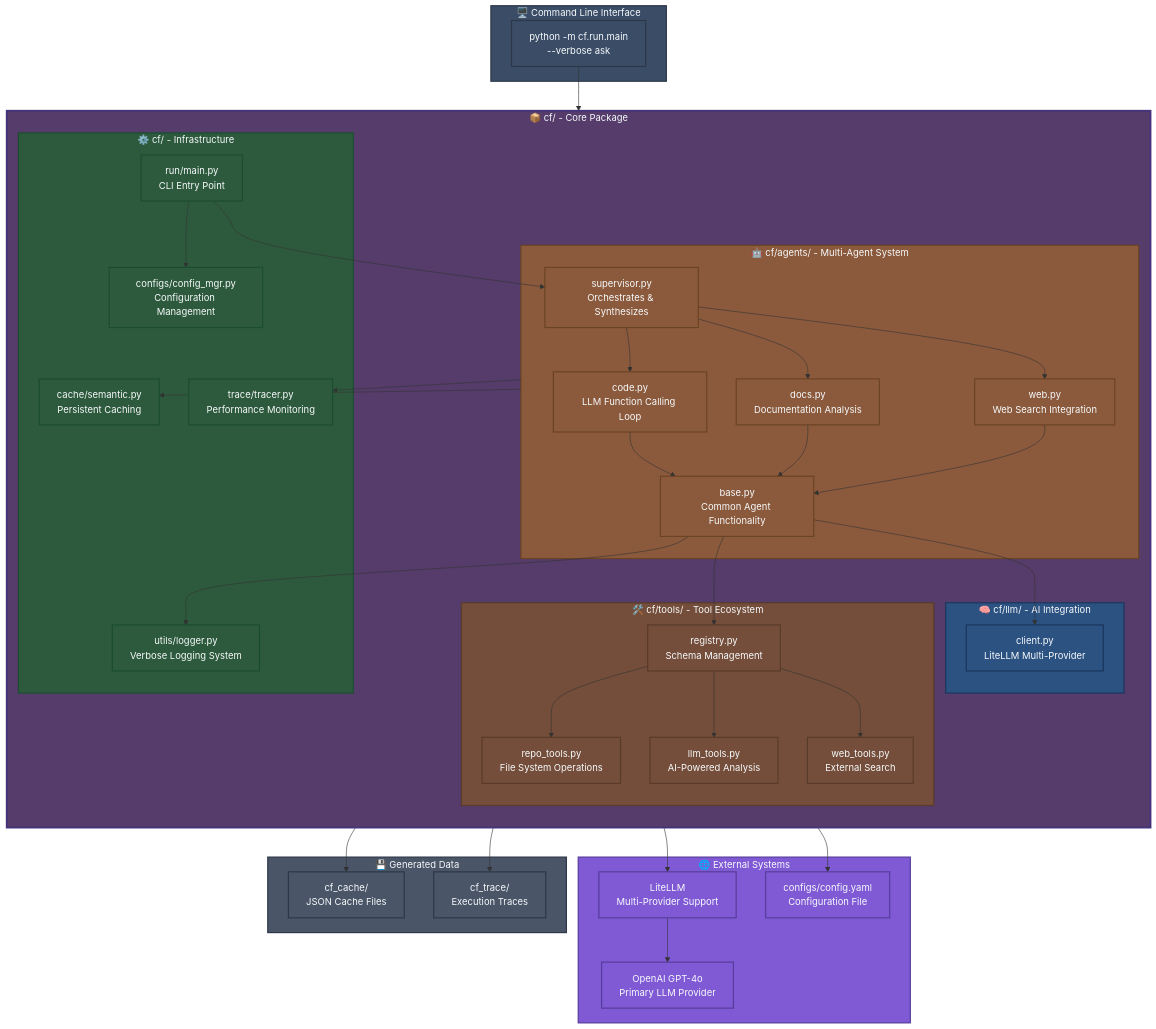
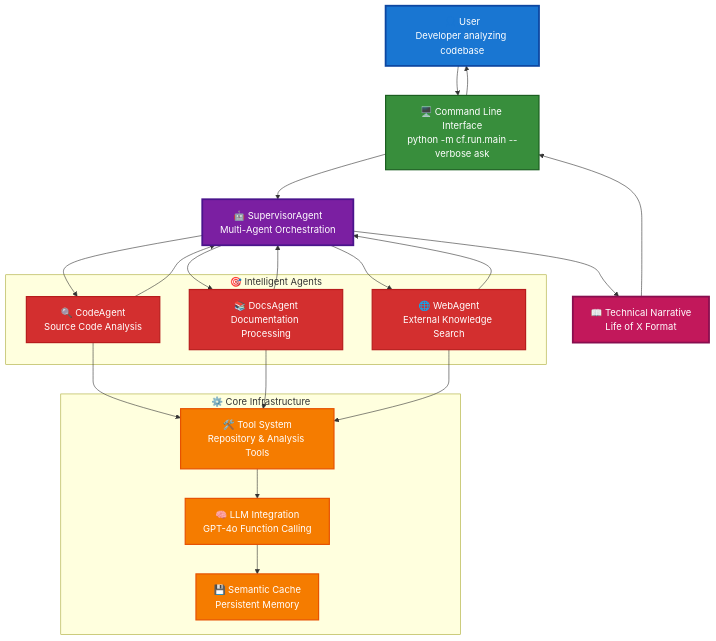
One commit to CodeFusionAgent/codefusion changed the first of 2 diagrams in README.md. Above: the diagram before and after it, drawn with Mermaid. The commit also changed other lines of this file, not shown here.

````diff
--- a/README.md
+++ b/README.md
@@ -7,102 +7,65 @@
 ```mermaid
 graph TB
-    %% User Interface
-    subgraph UI ["🖥️ Command Line Interface"]
-        CLI[python -m cf.run.main<br/>--verbose ask]
+    %% User Layer
+    User[👤 User<br/>Developer analyzing codebase]
+    
+    %% Interface Layer
+    CLI[🖥️ Command Line Interface<br/>python -m cf.run.main --verbose ask]
+    
+    %% Core System
+    Supervisor[🤖 SupervisorAgent<br/>Multi-Agent Orchestration]
+    
+    %% Specialized Agents
+    subgraph Agents ["🎯 Intelligent Agents"]
+        CodeAgent[🔍 CodeAgent<br/>Source Code Analysis]
+        DocsAgent[📚 DocsAgent<br/>Documentation Processing]
+        WebAgent[🌐 WebAgent<br/>External Knowledge Search]
     end
     
-    %% Core Package Structure  
-    subgraph CF ["📦 cf/ - Core Package"]
-        direction TB
-        
-        subgraph AGENTS ["🤖 cf/agents/ - Multi-Agent System"]
-            SUPERVISOR[supervisor.py<br/>Orchestrates & Synthesizes]
-            CODE_AGENT[code.py<br/>LLM Function Calling Loop]
-            DOCS_AGENT[docs.py<br/>Documentation Analysis] 
-            WEB_AGENT[web.py<br/>Web Search Integration]
-            BASE_AGENT[base.py<br/>Common Agent Functionality]
-        end
-        
-        subgraph TOOLS ["🛠️ cf/tools/ - Tool Ecosystem"]
-            REGISTRY[registry.py<br/>Schema Management]
-            REPO_TOOLS[repo_tools.py<br/>File System Operations]
-            LLM_TOOLS[llm_tools.py<br/>AI-Powered Analysis]
-            WEB_TOOLS[web_tools.py<br/>External Search]
-        end
-        
-        subgraph LLM ["🧠 cf/llm/ - AI Integration"]
-            CLIENT[client.py<br/>LiteLLM Multi-Provider]
-        end
-        
-        subgraph INFRA ["⚙️ cf/ - Infrastructure"]
-            RUN[run/main.py<br/>CLI Entry Point]
-            CONFIGS[configs/config_mgr.py<br/>Configuration Management]
-            CACHE[cache/semantic.py<br/>Persistent Caching]
-            TRACE[trace/tracer.py<br/>Performance Monitoring]
-            UTILS[utils/logger.py<br/>Verbose Logging System]
-        end
+    %% Infrastructure
+    subgraph Infrastructure ["⚙️ Core Infrastructure"]
+        Tools[🛠️ Tool System<br/>Repository & Analysis Tools]
+        LLM[🧠 LLM Integration<br/>GPT-4o Function Calling]
+        Cache[💾 Semantic Cache<br/>Persistent Memory]
     end
     
-    %% External Systems
-    subgraph EXTERNAL ["🌐 External Systems"]
-        LITELLM[LiteLLM<br/>Multi-Provider Support]
-        OPENAI[OpenAI GPT-4o<br/>Primary LLM Provider]
-        CONFIG_FILE[configs/config.yaml<br/>Configuration File]
-    end
+    %% Output
+    Narrative[📖 Technical Narrative<br/>Life of X Format]
     
-    %% Data Storage
-    subgraph STORAGE ["💾 Generated Data"]
-        CF_CACHE[cf_cache/<br/>JSON Cache Files]
-        CF_TRACE[cf_trace/<br/>Execution Traces]
-    end
+    %% Flow
+    User --> CLI
+    CLI --> Supervisor
+    Supervisor --> CodeAgent
+    Supervisor --> DocsAgent
+    Supervisor --> WebAgent
     
-    %% Data Flow
-    CLI --> RUN
-    RUN --> SUPERVISOR
+    CodeAgent --> Tools
+    DocsAgent --> Tools
+    WebAgent --> Tools
     
-    SUPERVISOR --> CODE_AGENT
-    SUPERVISOR --> DOCS_AGENT  
-    SUPERVISOR --> WEB_AGENT
+    Tools --> LLM
+    LLM --> Cache
     
-    CODE_AGENT --> BASE_AGENT
-    DOCS_AGENT --> BASE_AGENT
-    WEB_AGENT --> BASE_AGENT
+    CodeAgent --> Supervisor
+    DocsAgent --> Supervisor
+    WebAgent --> Supervisor
     
-    BASE_AGENT --> REGISTRY
-    BASE_AGENT --> CLIENT
-    BASE_AGENT --> UTILS
+    Supervisor --> Narrative
+    Narrative --> CLI
+    CLI --> User
     
-    REGISTRY --> REPO_TOOLS
-    REGISTRY --> LLM_TOOLS
-    REGISTRY --> WEB_TOOLS
+    %% Clean styling with good contrast
+    classDef user fill:#1976d2,stroke:#0d47a1,stroke-width:3px,color:#fff
+    classDef interface fill:#388e3c,stroke:#1b5e20,stroke-width:2px,color:#fff
+    classDef core fill:#7b1fa2,stroke:#4a148c,stroke-width:3px,color:#fff
+    classDef agents fill:#d32f2f,stroke:#b71c1c,stroke-width:2px,color:#fff
+    classDef infra fill:#f57c00,stroke:#e65100,stroke-width:2px,color:#fff
+    classDef output fill:#c2185b,stroke:#880e4f,stroke-width:3px,color:#fff
     
-    CLIENT --> LITELLM
-    LITELLM --> OPENAI
-    
-    AGENTS --> CACHE
-    AGENTS --> TRACE
-    RUN --> CONFIGS
-    CONFIGS --> CONFIG_FILE
-    
-    CACHE --> CF_CACHE
-    TRACE --> CF_TRACE
-    
-    %% Styling
-    classDef ui fill:#3b4d66,stroke:#2d3748,stroke-width:2px,color:#f7fafc
-    classDef cf fill:#553c6b,stroke:#44337a,stroke-width:3px,color:#f7fafc
-    classDef agents fill:#8b5a3c,stroke:#6b4423,stroke-width:2px,color:#f7fafc
-    classDef tools fill:#744e3a,stroke:#5a3a2a,stroke-width:2px,color:#f7fafc
-    classDef llm fill:#2c5282,stroke:#1a365d,stroke-width:2px,color:#f7fafc
-    classDef infra fill:#2d5a3d,stroke:#1a4d2e,stroke-width:2px,color:#f7fafc
-    classDef external fill:#805ad5,stroke:#553c9a,stroke-width:2px,color:#f7fafc
-    classDef storage fill:#4a5568,stroke:#2d3748,stroke-width:2px,color:#f7fafc
-    
-    class UI,CLI ui
-    class CF cf
-    class AGENTS,SUPERVISOR,CODE_AGENT,DOCS_AGENT,WEB_AGENT,BASE_AGENT agents
-    class TOOLS,REGISTRY,REPO_TOOLS,LLM_TOOLS,WEB_TOOLS tools
-    class LLM,CLIENT llm
-    class INFRA,RUN,CONFIGS,CACHE,TRACE,UTILS infra
-    class EXTERNAL,LITELLM,OPENAI,CONFIG_FILE external
-    class STORAGE,CF_CACHE,CF_TRACE storage
+    class User user
+    class CLI interface
+    class Supervisor core
+    class CodeAgent,DocsAgent,WebAgent agents
+    class Tools,LLM,Cache infra
+    class Narrative output
 ```
````
